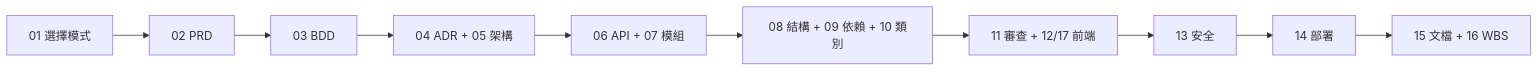
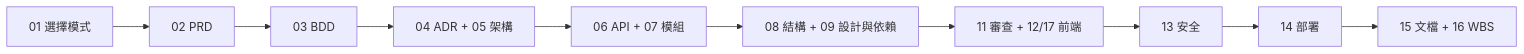
Before and after one commit to bheadwei/claude-GUNDAM-zh-tw: the diagram in VibeCoding_Workflow_Templates/INDEX.md, drawn with Mermaid. The commit also changed other lines of this file and 10 other files, not shown here.

````diff
--- a/VibeCoding_Workflow_Templates/INDEX.md
+++ b/VibeCoding_Workflow_Templates/INDEX.md
@@ -65,11 +64,11 @@
 ```mermaid
 graph LR
   A[01 選擇模式] --> B[02 PRD] --> C[03 BDD]
   C --> D[04 ADR + 05 架構]
   D --> E[06 API + 07 模組]
-  E --> F[08 結構 + 09 依賴 + 10 類別]
+  E --> F[08 結構 + 09 設計與依賴]
   F --> G[11 審查 + 12/17 前端]
   G --> H[13 安全]
   H --> I[14 部署]
   I --> J[15 文檔 + 16 WBS]
 ```
````
